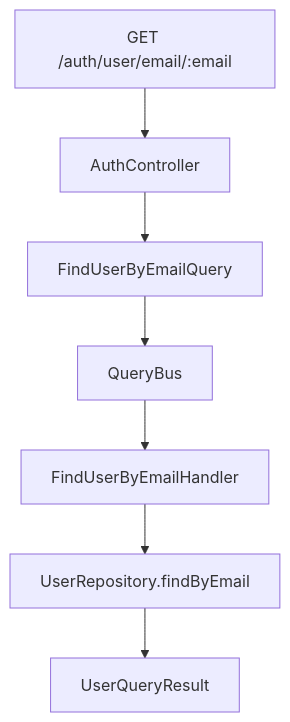
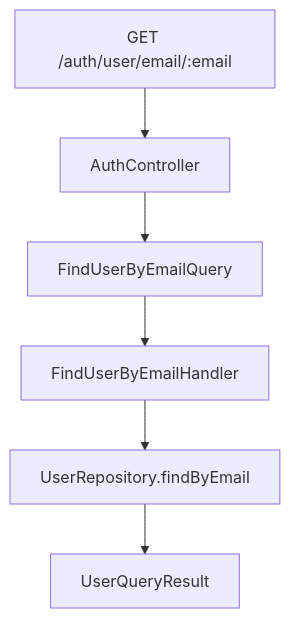
Before and after one commit to CodeaBien/codeabien-ddd-demo: the third of 3 diagrams in README.md, drawn with Mermaid. The commit also changed other lines of this file and 44 other files, not shown here.

````diff
--- a/README.md
+++ b/README.md
@@ -322,9 +195,8 @@
 ```mermaid
 graph TD
     A[GET /auth/user/email/:email] --> B[AuthController]
     B --> C[FindUserByEmailQuery]
-    C --> D[QueryBus]
-    D --> E[FindUserByEmailHandler]
-    E --> F[UserRepository.findByEmail]
-    F --> G[UserQueryResult]
+    C --> D[FindUserByEmailHandler]
+    D --> E[UserRepository.findByEmail]
+    E --> F[UserQueryResult]
 ```
````
